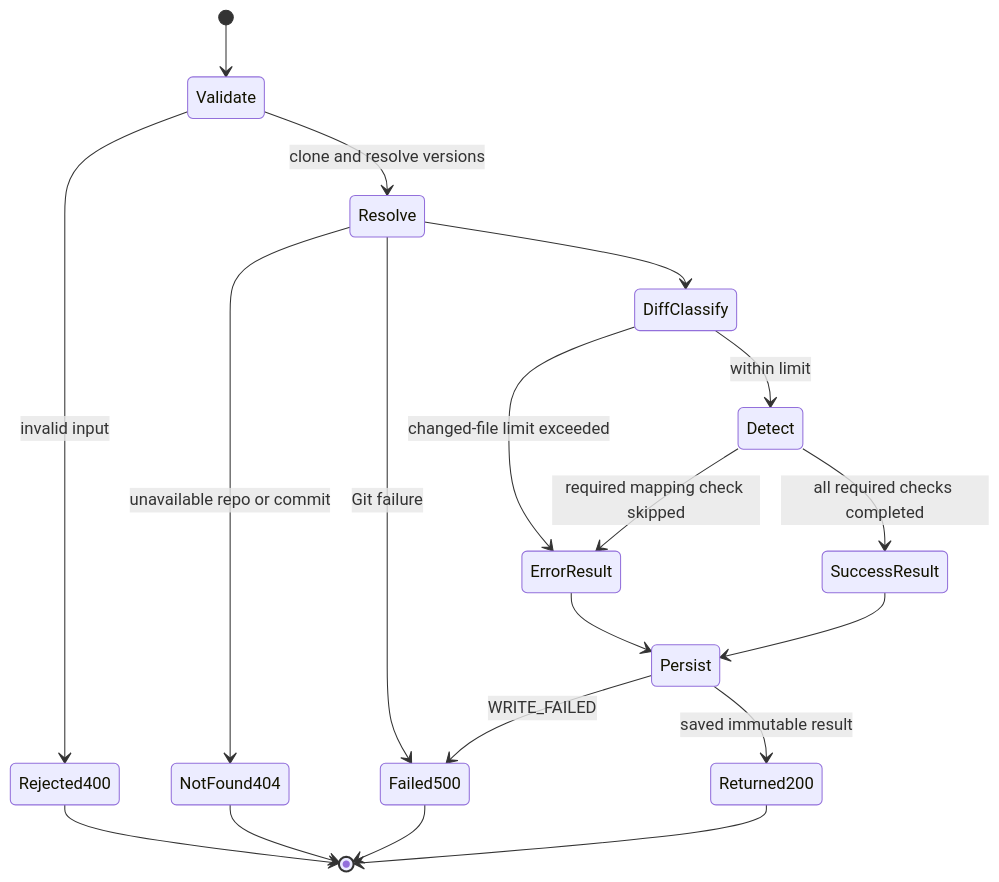
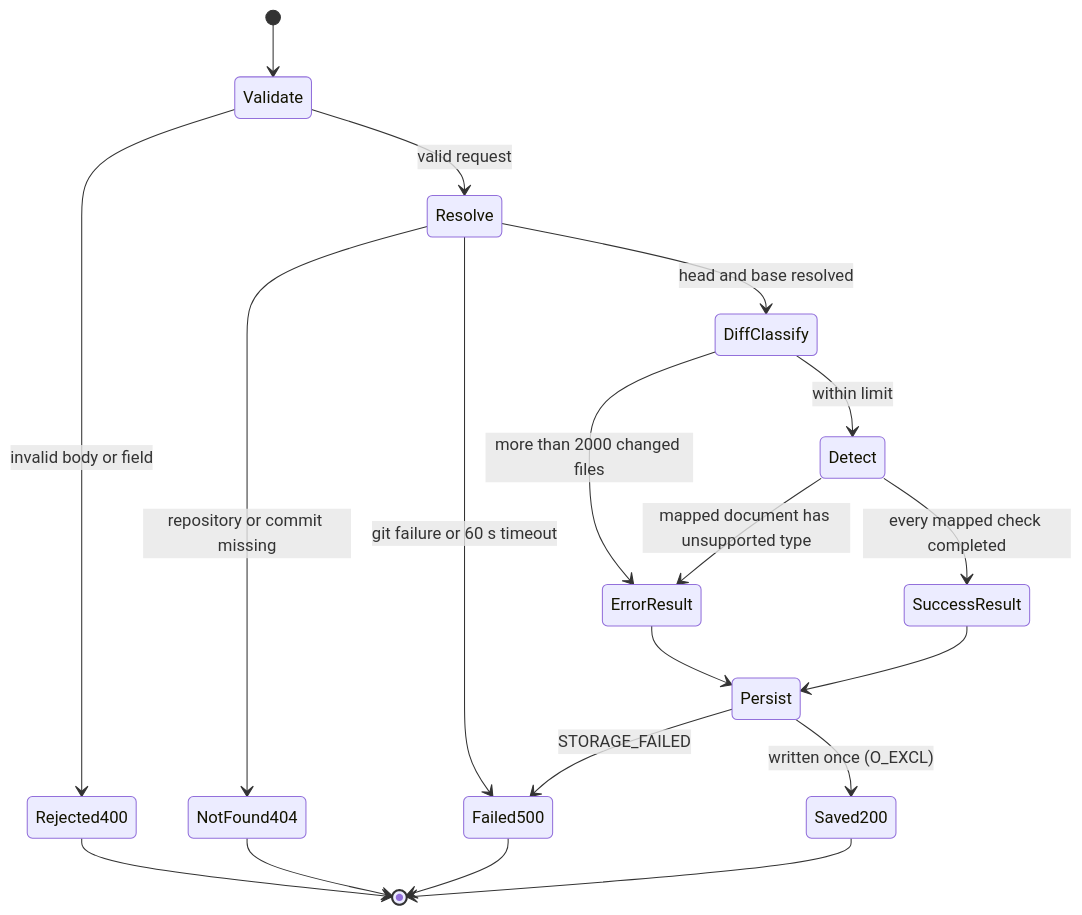
The second of 4 diagrams in docs/SYSTEM.md (ParthGupta06/doc-tracker), drawn with Mermaid before and after one commit. The commit also changed other lines of this file and 8 other files, not shown here.

````diff
--- a/docs/SYSTEM.md
+++ b/docs/SYSTEM.md
@@ -72,21 +64,21 @@
 ```mermaid
 stateDiagram-v2
   [*] --> Validate
-  Validate --> Rejected400: invalid input
-  Validate --> Resolve: clone and resolve versions
-  Resolve --> NotFound404: unavailable repo or commit
-  Resolve --> Failed500: Git failure
-  Resolve --> DiffClassify
-  DiffClassify --> ErrorResult: changed-file limit exceeded
+  Validate --> Rejected400: invalid body or field
+  Validate --> Resolve: valid request
+  Resolve --> NotFound404: repository or commit missing
+  Resolve --> Failed500: git failure or 60 s timeout
+  Resolve --> DiffClassify: head and base resolved
+  DiffClassify --> ErrorResult: more than 2000 changed files
   DiffClassify --> Detect: within limit
-  Detect --> ErrorResult: required mapping check skipped
-  Detect --> SuccessResult: all required checks completed
+  Detect --> ErrorResult: mapped document has unsupported type
+  Detect --> SuccessResult: every mapped check completed
   ErrorResult --> Persist
   SuccessResult --> Persist
-  Persist --> Returned200: saved immutable result
-  Persist --> Failed500: WRITE_FAILED
+  Persist --> Saved200: written once (O_EXCL)
+  Persist --> Failed500: STORAGE_FAILED
   Rejected400 --> [*]
   NotFound404 --> [*]
   Failed500 --> [*]
-  Returned200 --> [*]
+  Saved200 --> [*]
 ```
````
